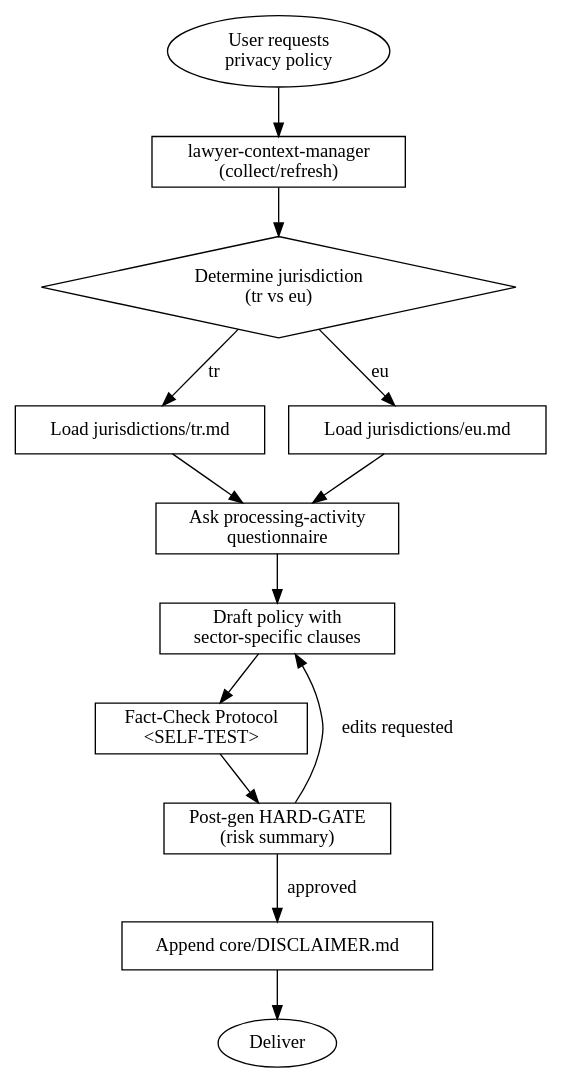
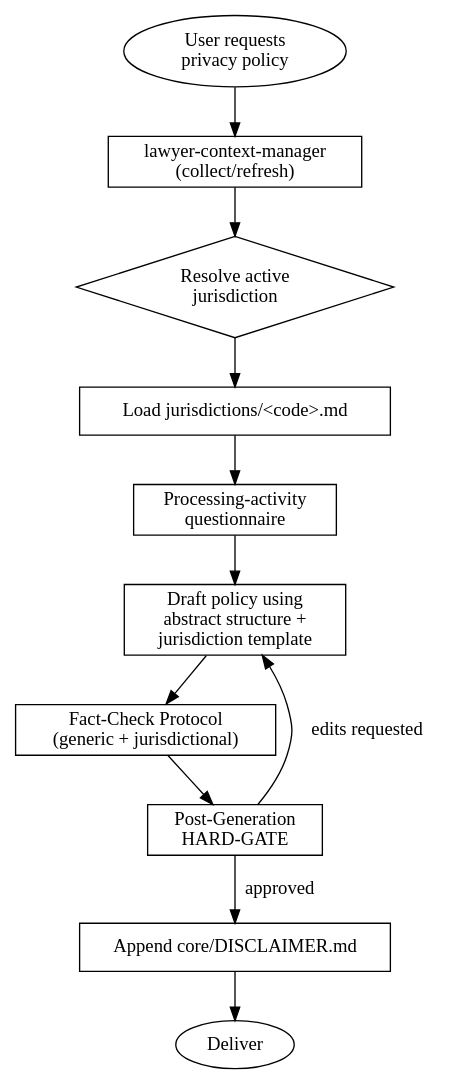
Before and after one commit to avSercanKoc/superlex-skills: the diagram in skills/privacy-policy/SKILL.md, drawn with Graphviz. The commit also changed other lines of this file and 10 other files, not shown here.

````diff
--- a/skills/privacy-policy/SKILL.md
+++ b/skills/privacy-policy/SKILL.md
@@ -57,29 +63,26 @@
 ```dot
 digraph privacy_policy_flow {
     rankdir=TB;
     start      [label="User requests\nprivacy policy" shape=ellipse];
     context    [label="lawyer-context-manager\n(collect/refresh)" shape=box];
-    jurisd     [label="Determine jurisdiction\n(tr vs eu)" shape=diamond];
-    load_tr    [label="Load jurisdictions/tr.md" shape=box];
-    load_eu    [label="Load jurisdictions/eu.md" shape=box];
-    intake     [label="Ask processing-activity\nquestionnaire" shape=box];
-    draft      [label="Draft policy with\nsector-specific clauses" shape=box];
-    selftest   [label="Fact-Check Protocol\n<SELF-TEST>" shape=box];
-    verify     [label="Post-gen HARD-GATE\n(risk summary)" shape=box];
+    jurisd     [label="Resolve active\njurisdiction" shape=diamond];
+    load       [label="Load jurisdictions/<code>.md" shape=box];
+    intake     [label="Processing-activity\nquestionnaire" shape=box];
+    draft      [label="Draft policy using\nabstract structure +\njurisdiction template" shape=box];
+    selftest   [label="Fact-Check Protocol\n(generic + jurisdictional)" shape=box];
+    verify     [label="Post-Generation\nHARD-GATE" shape=box];
     disclaimer [label="Append core/DISCLAIMER.md" shape=box];
     deliver    [label="Deliver" shape=ellipse];
 
     start      -> context;
     context    -> jurisd;
-    jurisd     -> load_tr [label="tr"];
-    jurisd     -> load_eu [label="eu"];
-    load_tr    -> intake;
-    load_eu    -> intake;
+    jurisd     -> load;
+    load       -> intake;
     intake     -> draft;
     draft      -> selftest;
     selftest   -> verify;
     verify     -> disclaimer [label="approved"];
     verify     -> draft      [label="edits requested"];
     disclaimer -> deliver;
 }
 ```
````
